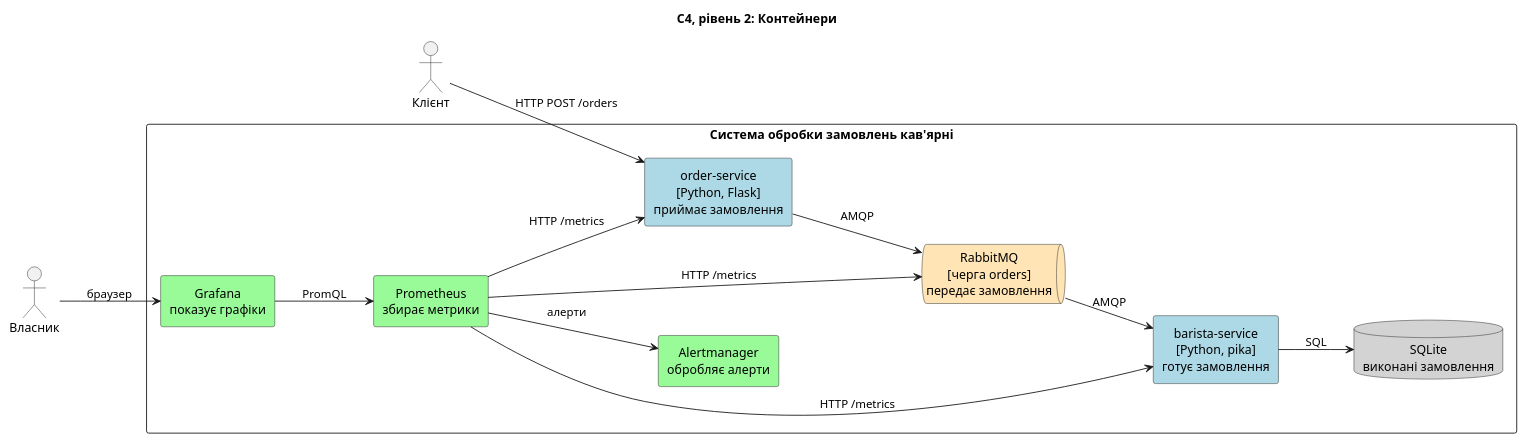
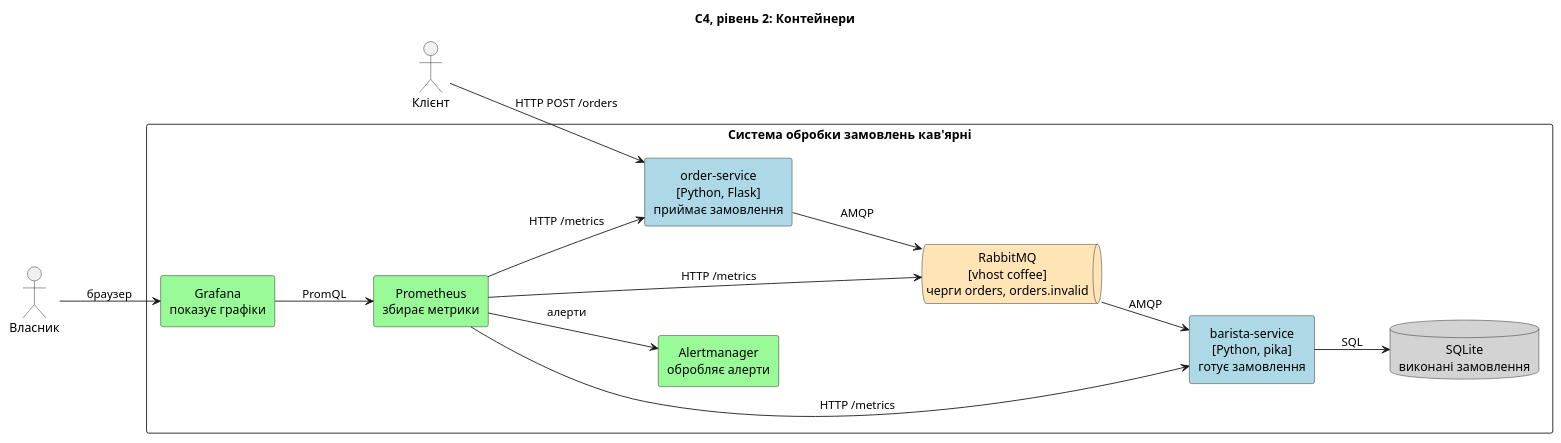
The diagram in docs/diagrams/c4-2-container.puml (Kirrik1920/coffee-shop-information-system), drawn with PlantUML before and after one commit. The commit also changed 21 other files, not shown here.

```diff
--- a/docs/diagrams/c4-2-container.puml
+++ b/docs/diagrams/c4-2-container.puml
@@ -1,30 +1,30 @@
 @startuml
 title C4, рівень 2: Контейнери
 skinparam defaultTextAlignment center
 skinparam shadowing false
 left to right direction
 
 actor "Клієнт" as client
 actor "Власник" as owner
 
 rectangle "Система обробки замовлень кав'ярні" {
   rectangle "order-service\n[Python, Flask]\nприймає замовлення" as order #LightBlue
-  queue "RabbitMQ\n[черга orders]\nпередає замовлення" as rabbit #Moccasin
+  queue "RabbitMQ\n[vhost coffee]\nчерги orders, orders.invalid" as rabbit #Moccasin
   rectangle "barista-service\n[Python, pika]\nготує замовлення" as barista #LightBlue
   database "SQLite\nвиконані замовлення" as db #LightGray
   rectangle "Prometheus\nзбирає метрики" as prom #PaleGreen
   rectangle "Grafana\nпоказує графіки" as grafana #PaleGreen
   rectangle "Alertmanager\nобробляє алерти" as am #PaleGreen
 }
 
 client --> order : HTTP POST /orders
 order --> rabbit : AMQP
 rabbit --> barista : AMQP
 barista --> db : SQL
 prom --> order : HTTP /metrics
 prom --> barista : HTTP /metrics
 prom --> rabbit : HTTP /metrics
 grafana --> prom : PromQL
 prom --> am : алерти
 owner --> grafana : браузер
 @enduml
```
